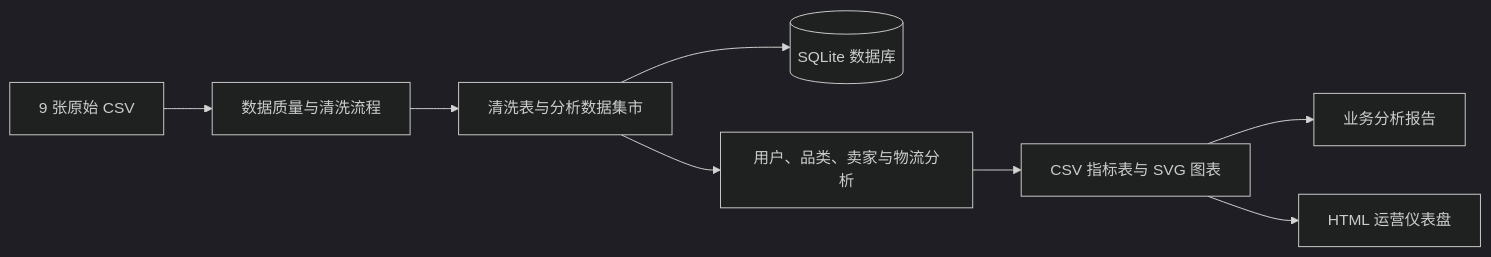
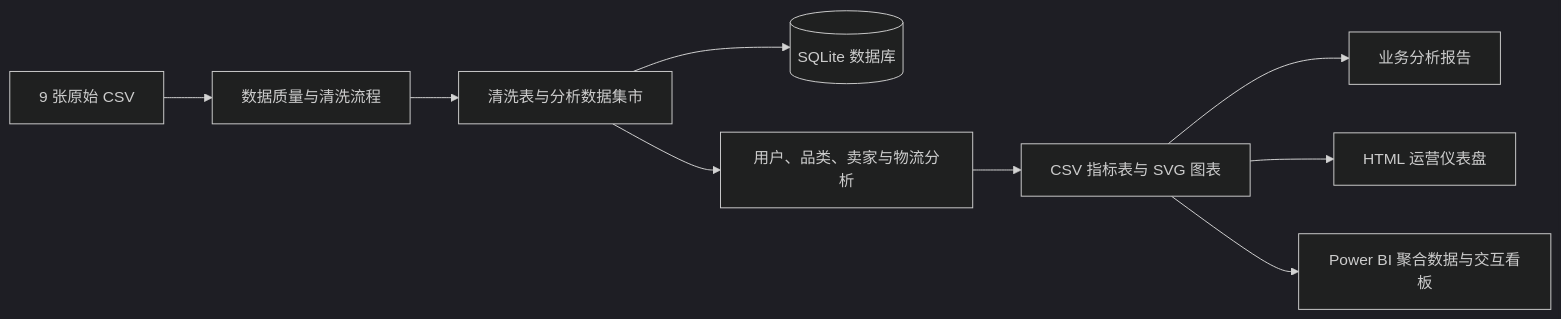
The diagram in README.md (LeoYoxi666/olist-brazil-ecommerce-analysis), drawn with Mermaid (dark theme) before and after one commit. The commit also changed other lines of this file and 26 other files, not shown here.

````diff
--- a/README.md
+++ b/README.md
@@ -72,10 +76,11 @@
 ```mermaid
 flowchart LR
     A[9 张原始 CSV] --> B[数据质量与清洗流程]
     B --> C[清洗表与分析数据集市]
     C --> D[(SQLite 数据库)]
     C --> E[用户、品类、卖家与物流分析]
     E --> F[CSV 指标表与 SVG 图表]
     F --> G[业务分析报告]
     F --> H[HTML 运营仪表盘]
+    F --> I[Power BI 聚合数据与交互看板]
 ```
````
